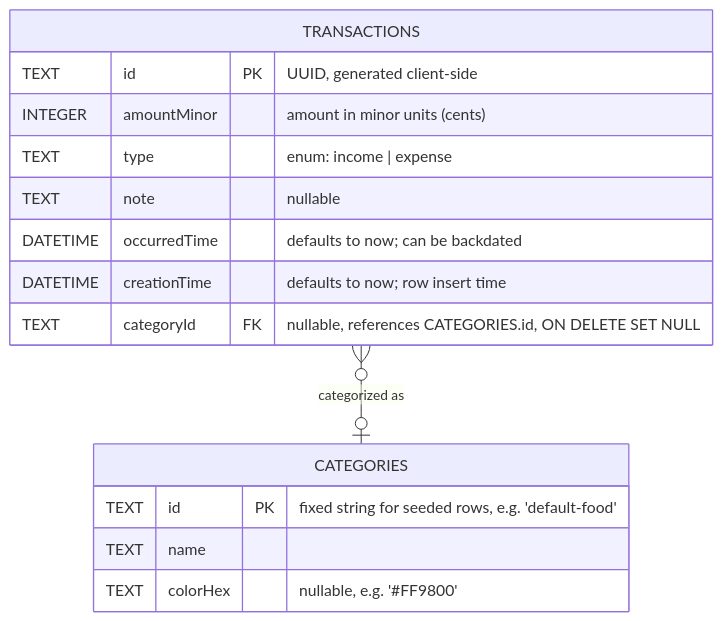
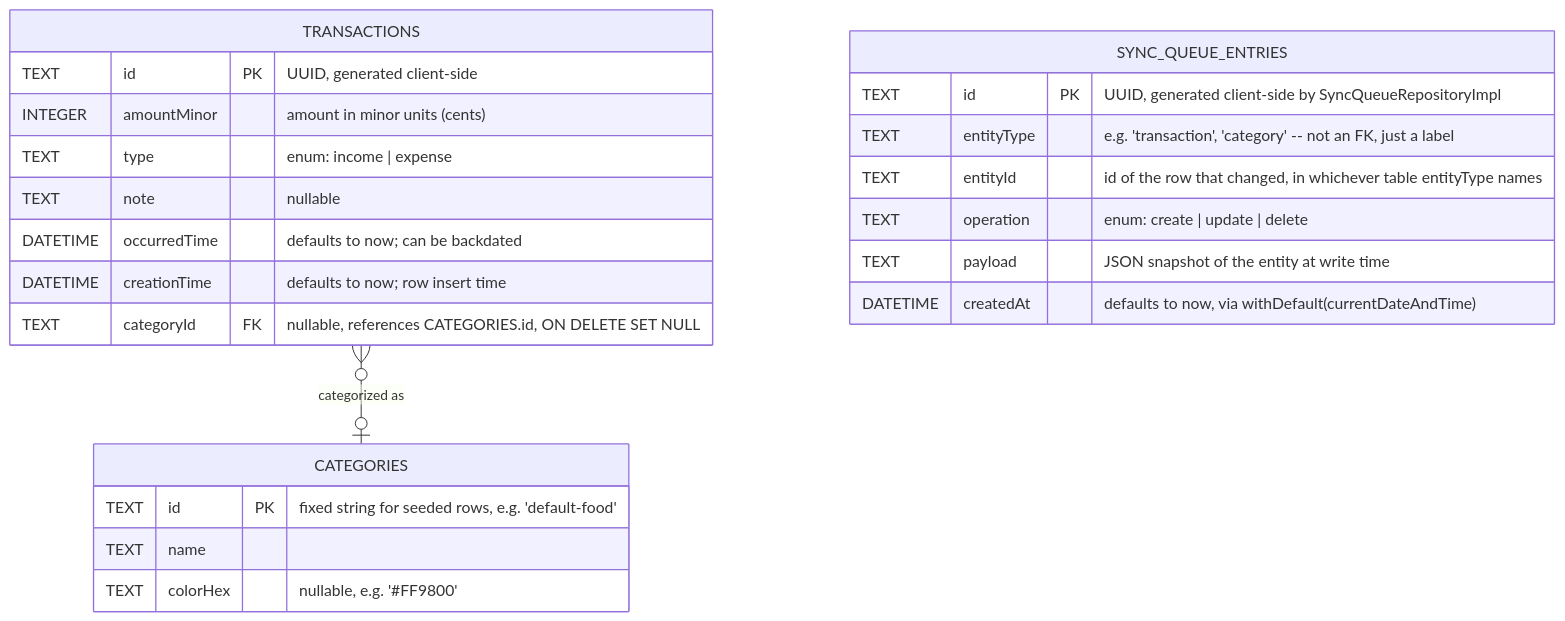
One commit to Israa050/money-log changed the second of 2 diagrams in README.md. Above: the diagram before and after it, drawn with Mermaid. The commit also changed other lines of this file and 96 other files, not shown here.

First line of the commit message:
feat: add offline sync queue (transactional outbox) and reorganize into features/

````diff
--- a/README.md
+++ b/README.md
@@ -354,18 +488,26 @@
 ```mermaid
 erDiagram
     TRANSACTIONS {
         TEXT id PK "UUID, generated client-side"
         INTEGER amountMinor "amount in minor units (cents)"
         TEXT type "enum: income | expense"
         TEXT note "nullable"
         DATETIME occurredTime "defaults to now; can be backdated"
         DATETIME creationTime "defaults to now; row insert time"
         TEXT categoryId FK "nullable, references CATEGORIES.id, ON DELETE SET NULL"
     }
     CATEGORIES {
         TEXT id PK "fixed string for seeded rows, e.g. 'default-food'"
         TEXT name
         TEXT colorHex "nullable, e.g. '#FF9800'"
     }
+    SYNC_QUEUE_ENTRIES {
+        TEXT id PK "UUID, generated client-side by SyncQueueRepositoryImpl"
+        TEXT entityType "e.g. 'transaction', 'category' -- not an FK, just a label"
+        TEXT entityId "id of the row that changed, in whichever table entityType names"
+        TEXT operation "enum: create | update | delete"
+        TEXT payload "JSON snapshot of the entity at write time"
+        DATETIME createdAt "defaults to now, via withDefault(currentDateAndTime)"
+    }
     TRANSACTIONS }o--o| CATEGORIES : "categorized as"
 ```
````
